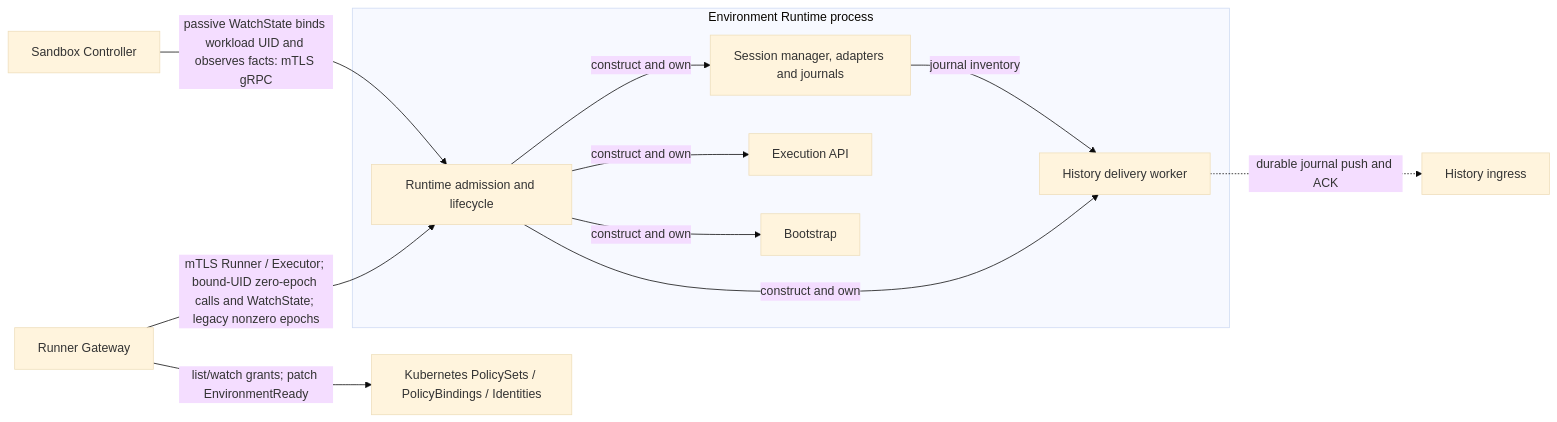
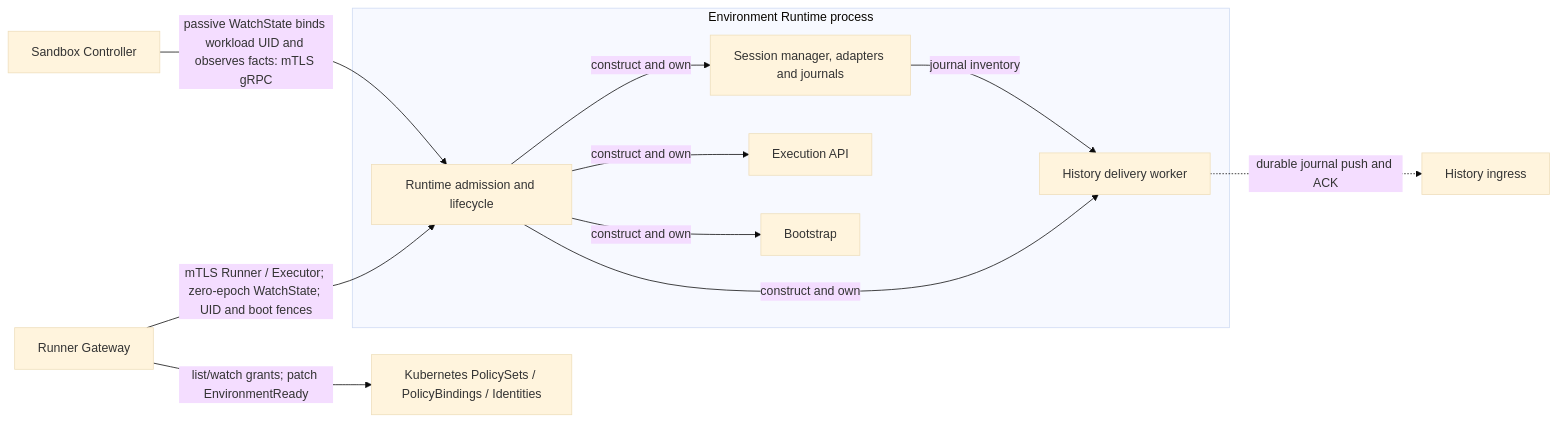
One commit to agentydragon/ducktape changed the seventh of 15 diagrams in agentplane/docs/system_overview.md. Above: the diagram before and after it, drawn with Mermaid (base theme). The commit also changed other lines of this file and 7 other files, not shown here.

Commit message:
Align architecture references with independent Runtime connections

````diff
--- a/agentplane/docs/system_overview.md
+++ b/agentplane/docs/system_overview.md
@@ -434,19 +434,19 @@
 ```mermaid
 flowchart LR
     gateway[Runner Gateway]
     subgraph environment_runtime[Environment Runtime process]
       runtime[Runtime admission and lifecycle]
       sessions[Session manager, adapters and journals]
       execution[Execution API]
       bootstrap[Bootstrap]
       delivery[History delivery worker]
       runtime -->|construct and own| sessions & execution & bootstrap & delivery
       sessions -->|journal inventory| delivery
     end
     history[History ingress]
-    gateway -->|mTLS Runner / Executor; bound-UID zero-epoch calls and WatchState; legacy nonzero epochs| runtime
+    gateway -->|mTLS Runner / Executor; zero-epoch WatchState; UID and boot fences| runtime
     policy_api[Kubernetes PolicySets / PolicyBindings / Identities]
     gateway -->|list/watch grants; patch EnvironmentReady| policy_api
     sandboxctl[Sandbox Controller] -->|passive WatchState binds workload UID and observes facts: mTLS gRPC| runtime
     delivery -.->|durable journal push and ACK| history
 ```
````
